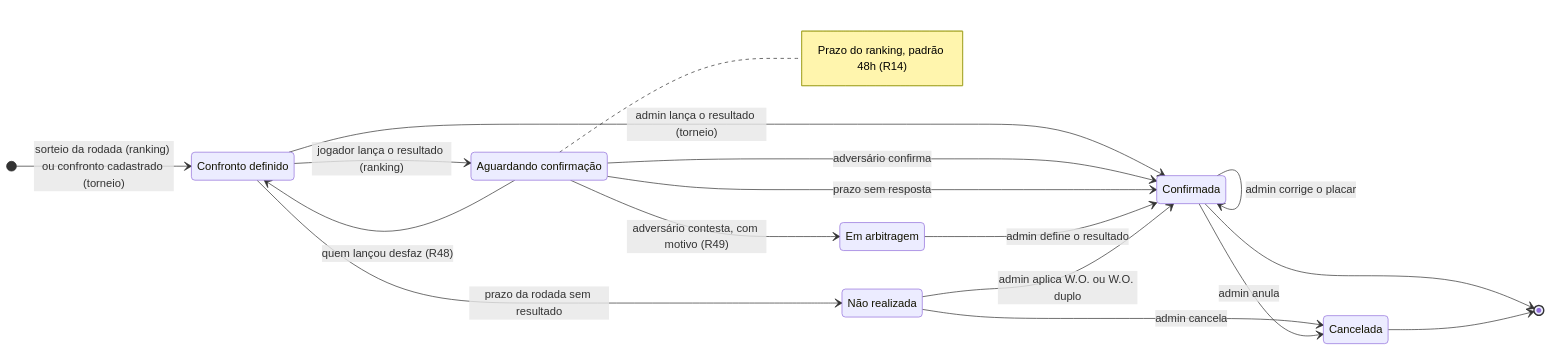
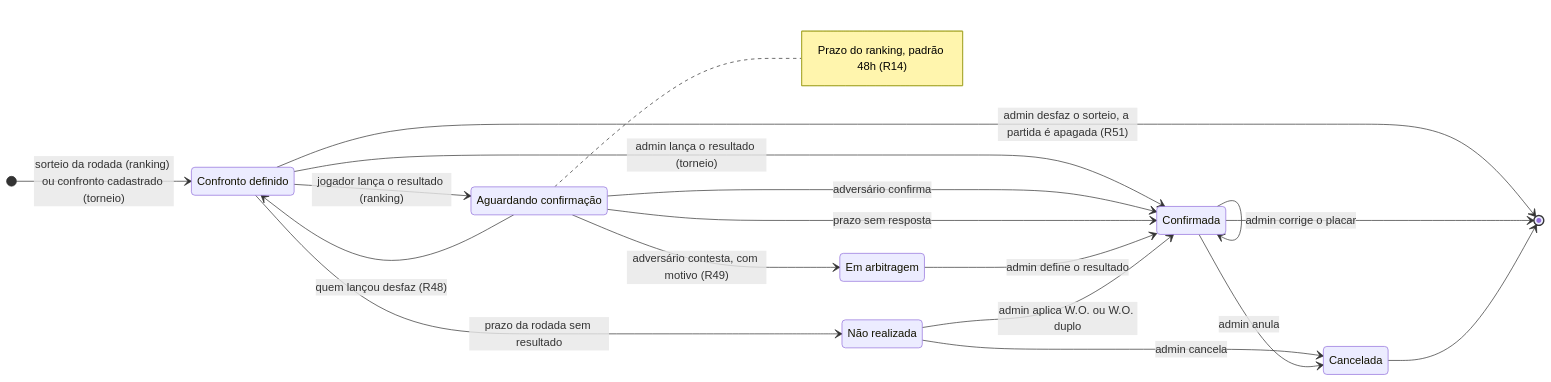
One commit to gabriel-vilano/btapp changed the second of 3 diagrams in docs/DOMAIN.md. Above: the diagram before and after it, drawn with Mermaid. The commit also changed other lines of this file and 7 other files, not shown here.

````diff
--- a/docs/DOMAIN.md
+++ b/docs/DOMAIN.md
@@ -374,30 +384,31 @@
 ```mermaid
 stateDiagram-v2
     direction LR
     state "Confronto definido" as Definida
     state "Aguardando confirmação" as Aguardando
     state "Em arbitragem" as Arbitragem
     state "Não realizada" as NaoRealizada
     state "Confirmada" as Confirmada
     state "Cancelada" as Cancelada
 
     [*] --> Definida: sorteio da rodada (ranking) ou confronto cadastrado (torneio)
     Definida --> Aguardando: jogador lança o resultado (ranking)
     Definida --> Confirmada: admin lança o resultado (torneio)
     Definida --> NaoRealizada: prazo da rodada sem resultado
+    Definida --> [*]: admin desfaz o sorteio, a partida é apagada (R51)
     Aguardando --> Confirmada: adversário confirma
     Aguardando --> Confirmada: prazo sem resposta
     Aguardando --> Arbitragem: adversário contesta, com motivo (R49)
     Aguardando --> Definida: quem lançou desfaz (R48)
     Arbitragem --> Confirmada: admin define o resultado
     NaoRealizada --> Confirmada: admin aplica W.O. ou W.O. duplo
     NaoRealizada --> Cancelada: admin cancela
     Confirmada --> Confirmada: admin corrige o placar
     Confirmada --> Cancelada: admin anula
     Confirmada --> [*]
     Cancelada --> [*]
 
     note right of Aguardando
         Prazo do ranking, padrão 48h (R14)
     end note
 ```
````
